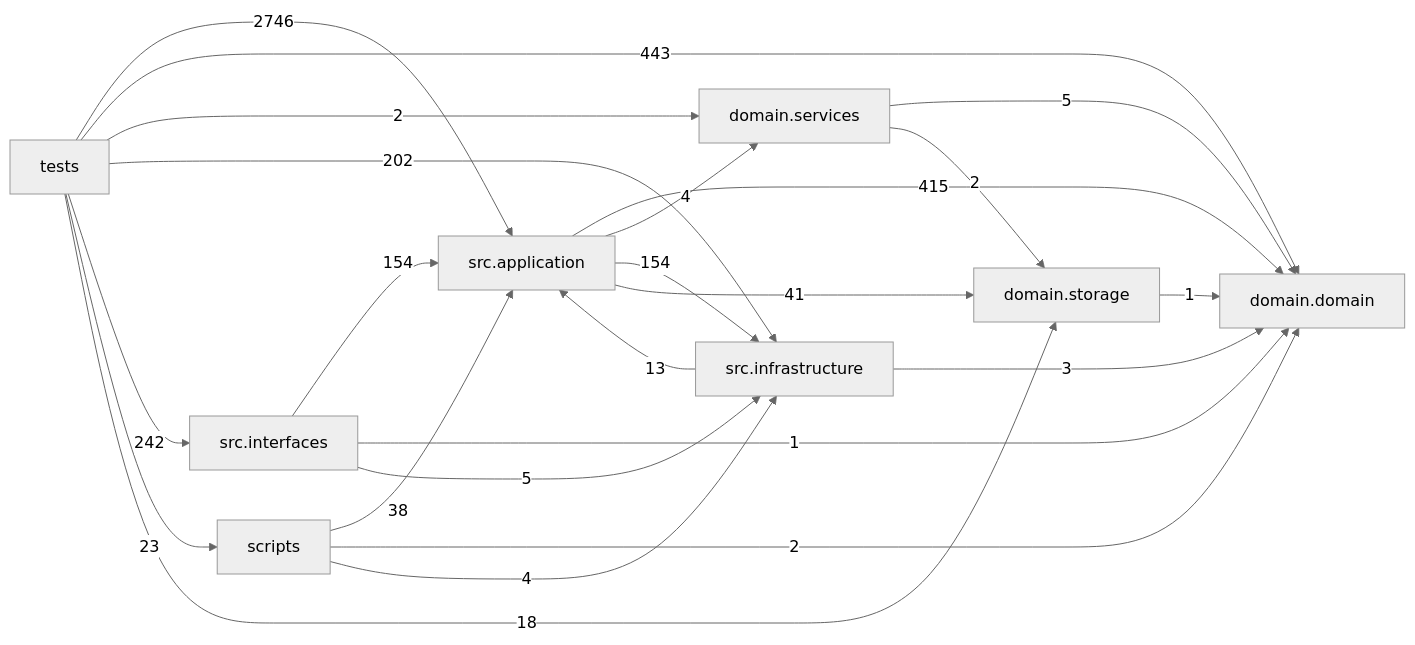
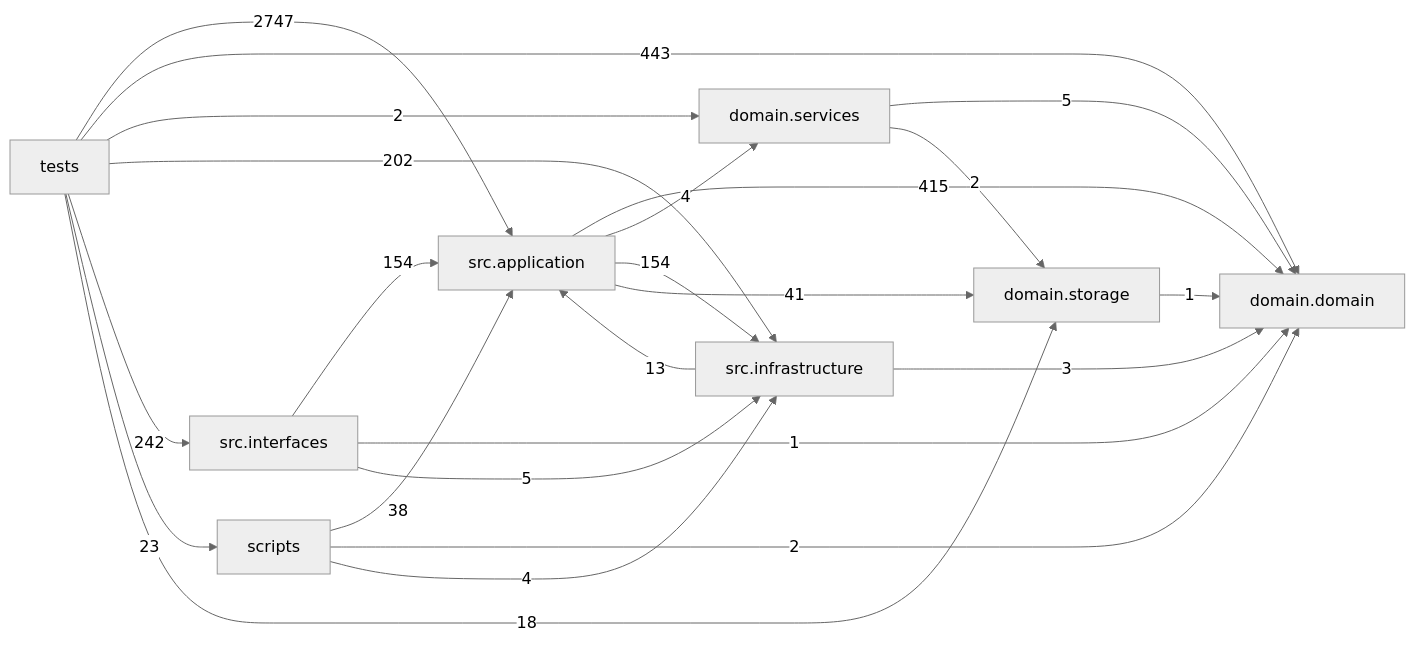
One commit to liuxie066/options-monitor changed the diagram in docs/DEPENDENCY_GRAPH.md. Above: the diagram before and after it, drawn with Mermaid (neutral theme). The commit also changed other lines of this file, not shown here.

Commit message:
docs(deps): refresh dependency graph

````diff
--- a/docs/DEPENDENCY_GRAPH.md
+++ b/docs/DEPENDENCY_GRAPH.md
@@ -24,33 +24,33 @@
 ```mermaid
 flowchart LR
   tests["tests"]
   scripts["scripts"]
   interfaces["src.interfaces"]
   application["src.application"]
   infrastructure["src.infrastructure"]
   domain_services["domain.services"]
   domain["domain.domain"]
   storage["domain.storage"]
   application -->|415| domain
   application -->|4| domain_services
   application -->|154| infrastructure
   application -->|41| storage
   domain_services -->|5| domain
   domain_services -->|2| storage
   infrastructure -->|13| application
   infrastructure -->|3| domain
   interfaces -->|154| application
   interfaces -->|1| domain
   interfaces -->|5| infrastructure
   scripts -->|38| application
   scripts -->|2| domain
   scripts -->|4| infrastructure
   storage -->|1| domain
-  tests -->|2746| application
+  tests -->|2747| application
   tests -->|443| domain
   tests -->|2| domain_services
   tests -->|202| infrastructure
   tests -->|242| interfaces
   tests -->|23| scripts
   tests -->|18| storage
 ```
````
